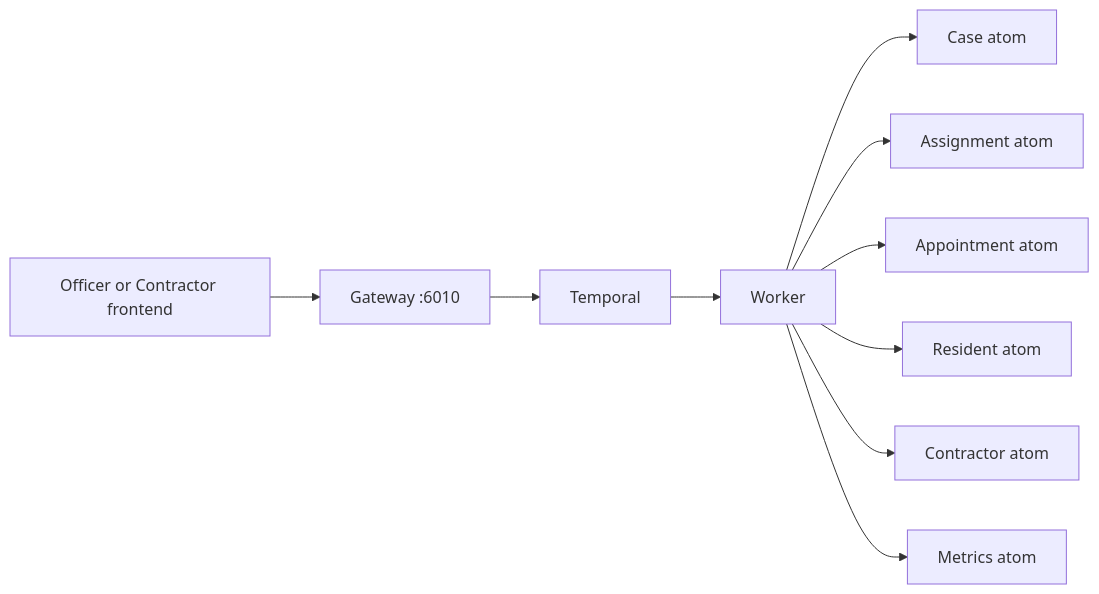
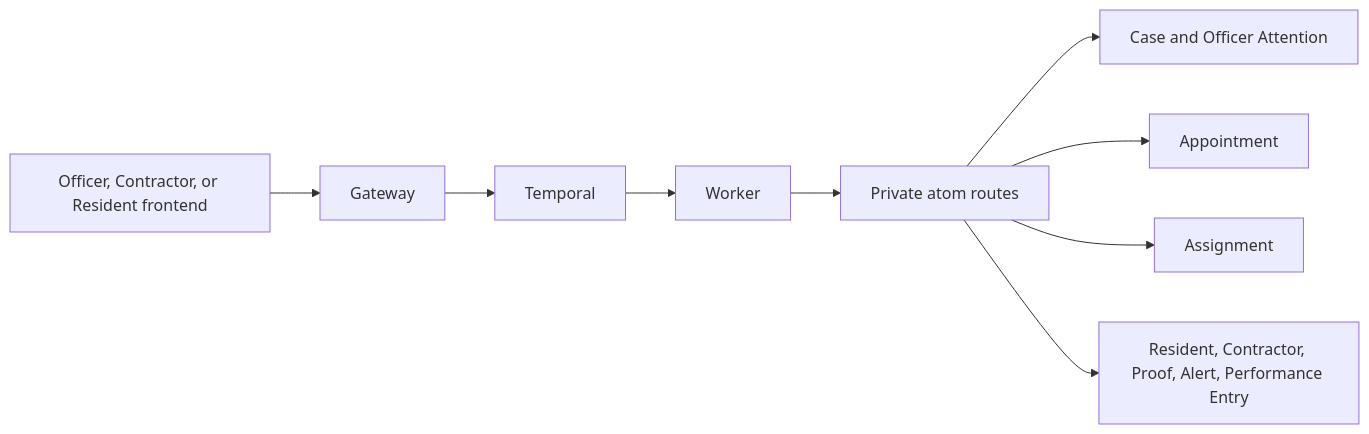
Before and after one commit to zek01svg/town-ops: the diagram in docs/architecture.md, drawn with Mermaid. The commit also changed other lines of this file and 24 other files, not shown here.

````diff
--- a/docs/architecture.md
+++ b/docs/architecture.md
@@ -22,12 +20,11 @@
 ```mermaid
 flowchart LR
-    UI[Officer or Contractor frontend] --> Gateway[Gateway :6010]
+    UI[Officer, Contractor, or Resident frontend] --> Gateway[Gateway]
     Gateway --> Temporal[Temporal]
     Temporal --> Worker[Worker]
-    Worker --> Case[Case atom]
-    Worker --> Assignment[Assignment atom]
-    Worker --> Appointment[Appointment atom]
-    Worker --> Resident[Resident atom]
-    Worker --> Contractor[Contractor atom]
-    Worker --> Metrics[Metrics atom]
+    Worker --> Atoms[Private atom routes]
+    Atoms --> Case[Case and Officer Attention]
+    Atoms --> Appointment[Appointment]
+    Atoms --> Assignment[Assignment]
+    Atoms --> Other[Resident, Contractor, Proof, Alert, Performance Entry]
 ```
````
